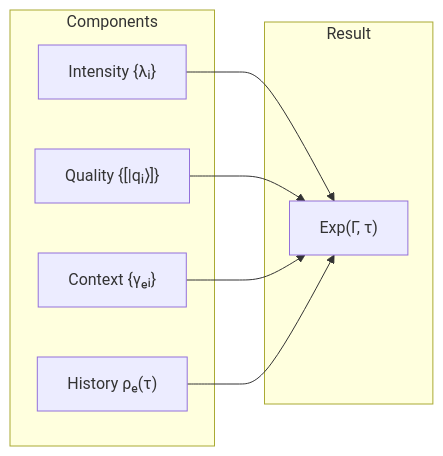
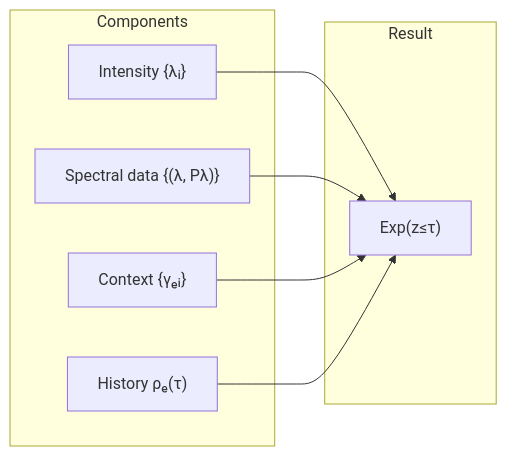
The diagram in website/docs/consciousness/foundations/interiority-theory.md (gst-st/uhm), drawn with Mermaid before and after one commit. The commit also changed other lines of this file and 90 other files, not shown here.

````diff
--- a/website/docs/consciousness/foundations/interiority-theory.md
+++ b/website/docs/consciousness/foundations/interiority-theory.md
@@ -459,16 +389,16 @@
 ```mermaid
 graph LR
     subgraph Input["Components"]
         I["Intensity {λᵢ}"]
-        Q["Quality {[|qᵢ⟩]}"]
+        Q["Spectral data {(λ, Pλ)}"]
         C["Context {γₑᵢ}"]
         H["History ρₑ#40;τ#41;"]
     end
     subgraph Output["Result"]
-        Exp["Exp#40;Γ, τ#41;"]
+        Exp["Exp#40;z≤τ#41;"]
     end
     I --> Exp
     Q --> Exp
     C --> Exp
     H --> Exp
 ```
````
